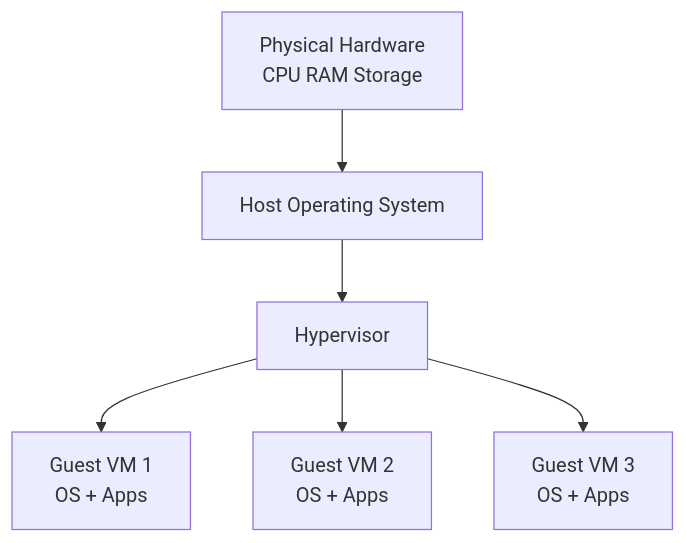
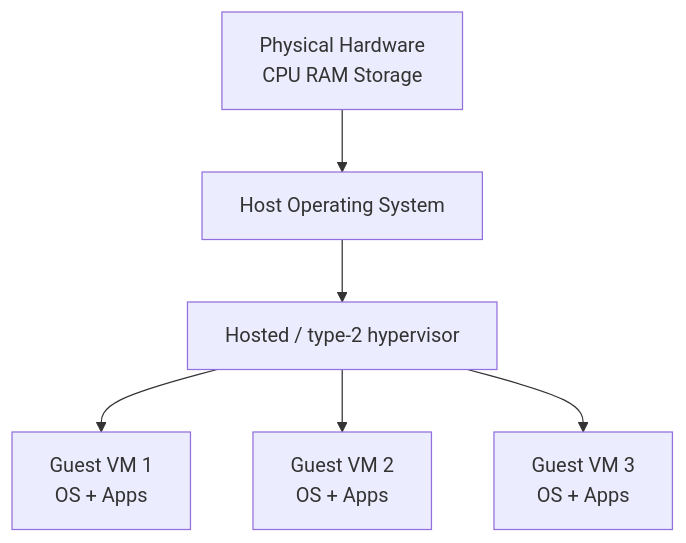
Before and after one commit to whuang0428/cs-web-checklist: the third of 4 diagrams in a2-9618/chapter-15.md, drawn with Mermaid. The commit also changed other lines of this file and 11 other files, not shown here.

````diff
--- a/a2-9618/chapter-15.md
+++ b/a2-9618/chapter-15.md
@@ -1039,8 +1063,8 @@
 ```mermaid
 flowchart TD
 A[Physical Hardware<br/>CPU RAM Storage] --> B[Host Operating System]
-B --> C[Hypervisor]
+B --> C[Hosted / type-2 hypervisor]
 C --> D[Guest VM 1<br/>OS + Apps]
 C --> E[Guest VM 2<br/>OS + Apps]
 C --> F[Guest VM 3<br/>OS + Apps]
 ```
````
